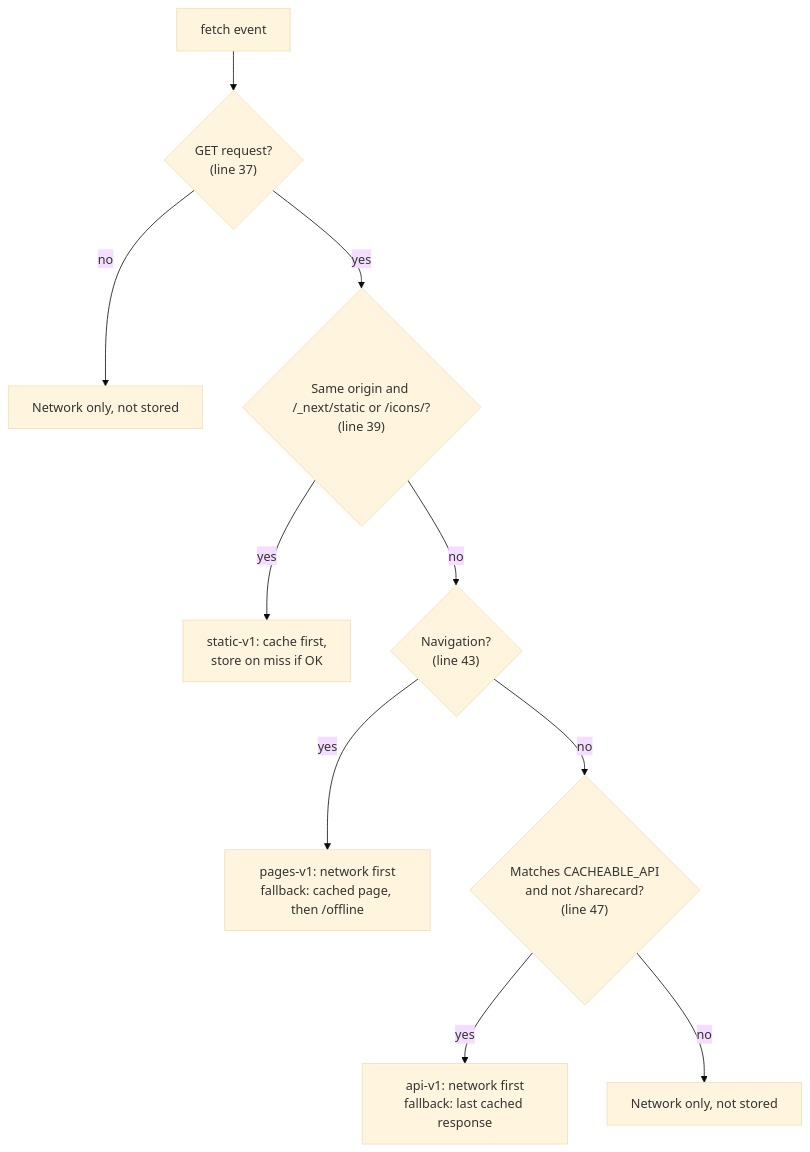
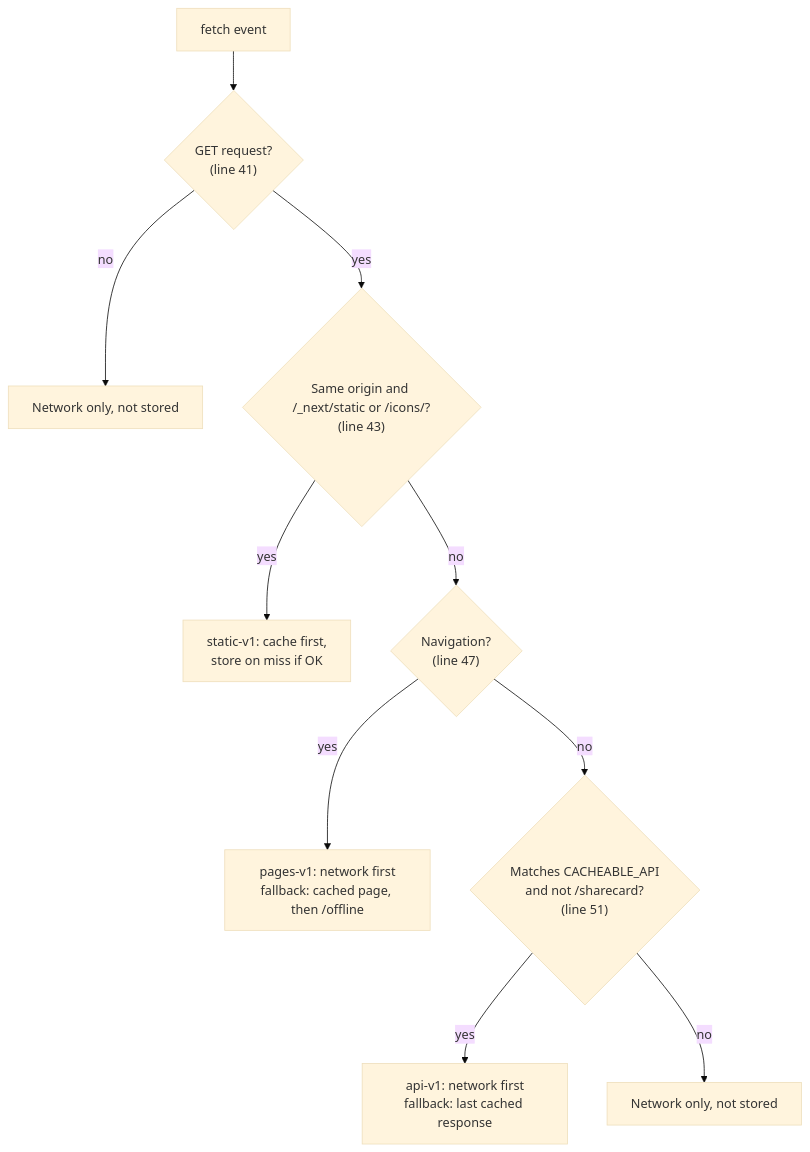
The diagram in docs/pwa.md (SorobanPool/sorobanpool-frontend), drawn with Mermaid (base theme) before and after one commit. The commit also changed other lines of this file, not shown here.

Commit message:
docs(stellar): fix sw.js line references in PWA caching doc

````diff
--- a/docs/pwa.md
+++ b/docs/pwa.md
@@ -21,12 +21,12 @@
 ```mermaid
 flowchart TD
-    R["fetch event"] --> M{"GET request?<br/>(line 37)"}
+    R["fetch event"] --> M{"GET request?<br/>(line 41)"}
     M -- no --> N1["Network only, not stored"]
-    M -- yes --> S{"Same origin and /_next/static or /icons/?<br/>(line 39)"}
+    M -- yes --> S{"Same origin and /_next/static or /icons/?<br/>(line 43)"}
     S -- yes --> SC["static-v1: cache first,<br/>store on miss if OK"]
-    S -- no --> NV{"Navigation?<br/>(line 43)"}
+    S -- no --> NV{"Navigation?<br/>(line 47)"}
     NV -- yes --> PG["pages-v1: network first<br/>fallback: cached page, then /offline"]
-    NV -- no --> AP{"Matches CACHEABLE_API<br/>and not /sharecard?<br/>(line 47)"}
+    NV -- no --> AP{"Matches CACHEABLE_API<br/>and not /sharecard?<br/>(line 51)"}
     AP -- yes --> AC["api-v1: network first<br/>fallback: last cached response"]
     AP -- no --> N2["Network only, not stored"]
 ```
````
